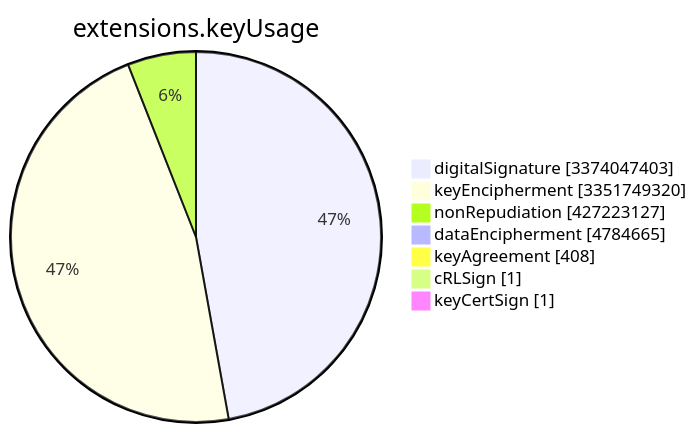
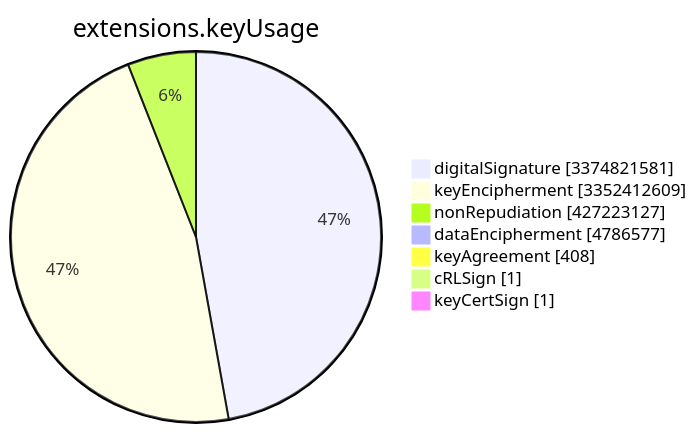
One commit to christiankrug/ctmonitor_visualization changed the sixth of 15 diagrams in TOTAL/README.md. Above: the diagram before and after it, drawn with Mermaid. The commit also changed other lines of this file, not shown here.

````diff
--- a/TOTAL/README.md
+++ b/TOTAL/README.md
@@ -3079,11 +3079,11 @@
 ```mermaid
 pie showData
 title extensions.keyUsage
-"digitalSignature" :3374047403
-"keyEncipherment" :3351749320
+"digitalSignature" :3374821581
+"keyEncipherment" :3352412609
 "nonRepudiation" :427223127
-"dataEncipherment" :4784665
+"dataEncipherment" :4786577
 "keyAgreement" :408
 "cRLSign" :1
 "keyCertSign" :1
 ```
````
